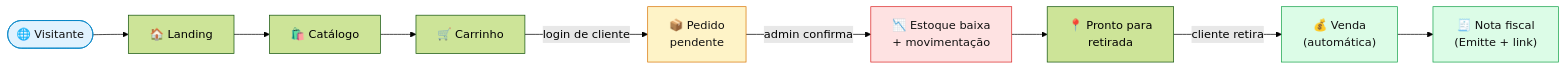
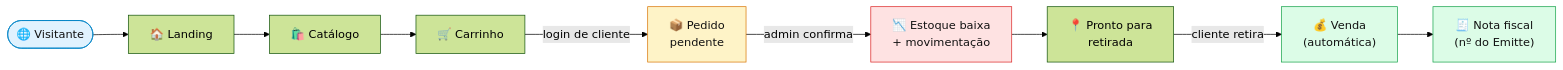
Before and after one commit to Protagonistas-ADS/PI-2: the second of 15 diagrams in README.md, drawn with Mermaid (forest theme). The commit also changed other lines of this file and 18 other files, not shown here.

````diff
--- a/README.md
+++ b/README.md
@@ -239,14 +239,14 @@
 ```mermaid
 flowchart LR
     V(["🌐 Visitante"]) --> L["🏠 Landing"] --> C["🛍️ Catálogo"] --> K["🛒 Carrinho"]
     K -- "login de cliente" --> P["📦 Pedido<br/>pendente"]
     P -- "admin confirma" --> E["📉 Estoque baixa<br/>+ movimentação"]
     E --> R["📍 Pronto para<br/>retirada"] -- "cliente retira" --> VD["💰 Venda<br/>(automática)"]
-    VD --> NF["🧾 Nota fiscal<br/>(Emitte + link)"]
+    VD --> NF["🧾 Nota fiscal<br/>(nº do Emitte)"]
 
     style V fill:#e0f2fe,stroke:#0284c7,color:#111
     style P fill:#fef3c7,stroke:#d97706,color:#111
     style E fill:#fee2e2,stroke:#dc2626,color:#111
     style VD fill:#dcfce7,stroke:#16a34a,color:#111
     style NF fill:#dcfce7,stroke:#16a34a,color:#111
 ```
````
